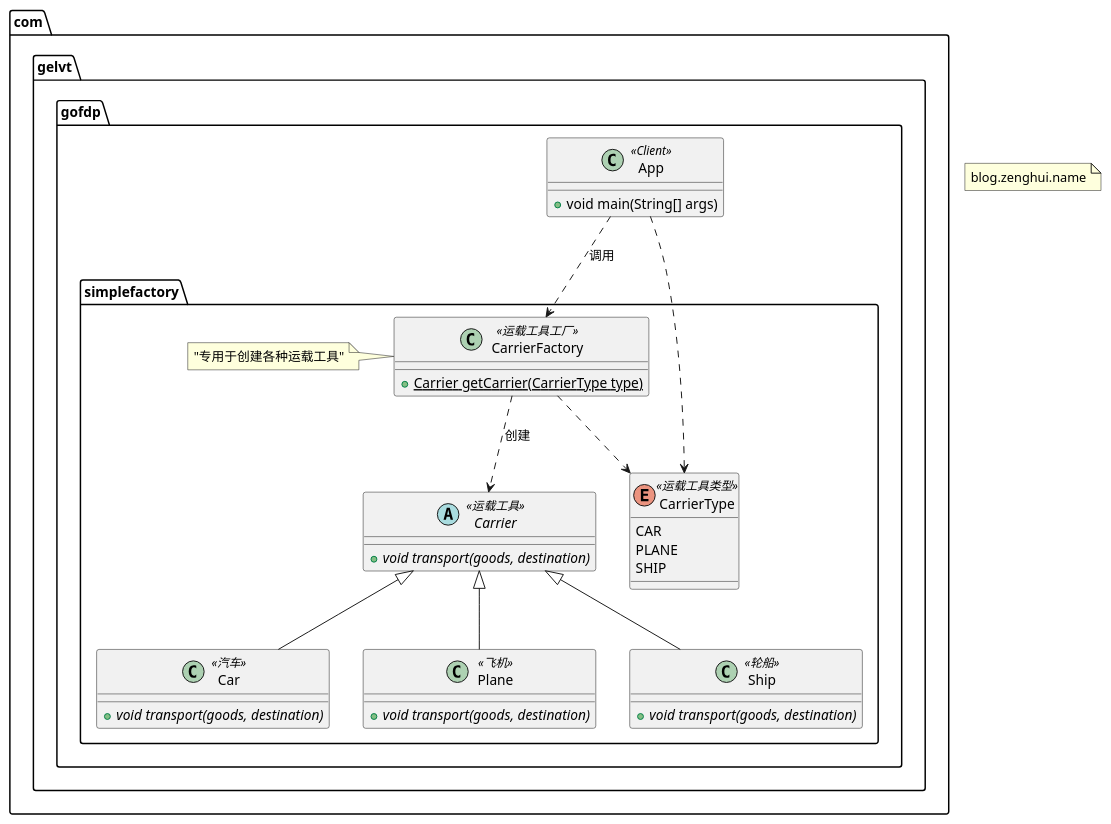
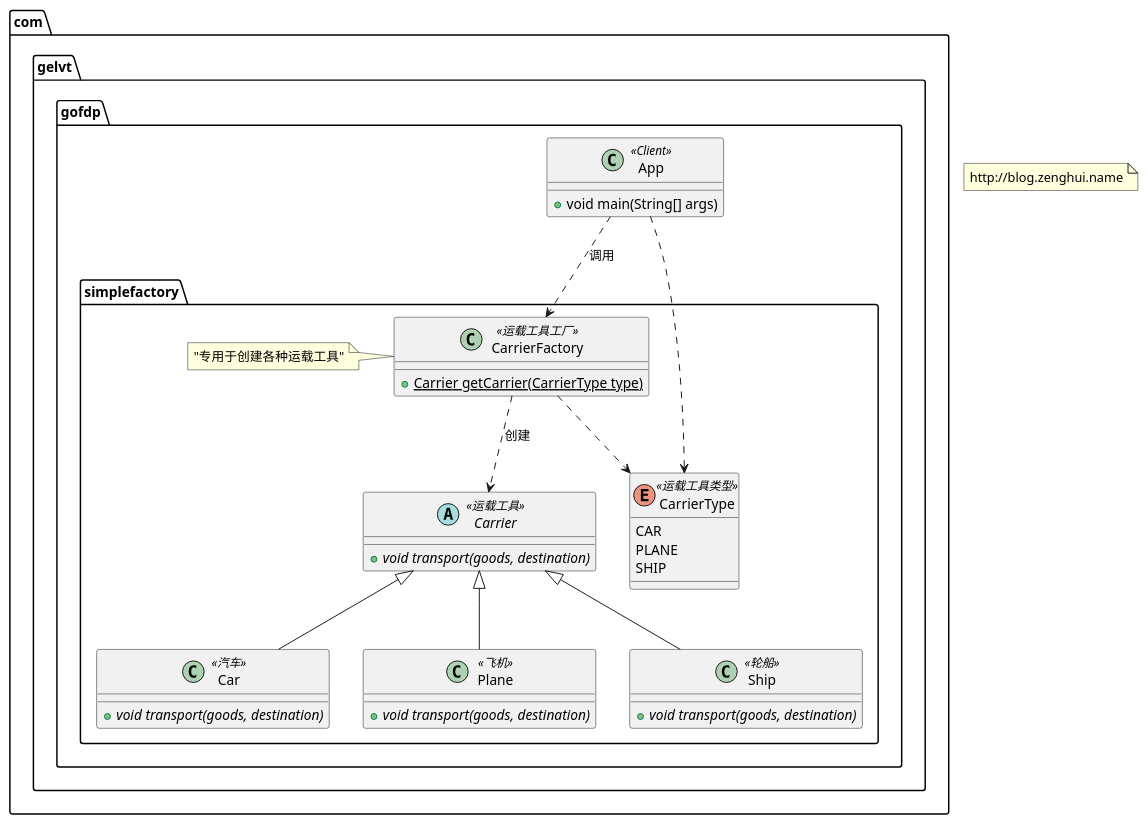
Before and after one commit to elvinzeng/java-design-pattern-samples: the diagram in simple-factory/diagrams/simple-factory.puml, drawn with PlantUML. The commit also changed 1 other file, not shown here.

Commit message:
修改简单工厂的类图

```diff
--- a/simple-factory/diagrams/simple-factory.puml
+++ b/simple-factory/diagrams/simple-factory.puml
@@ -1,52 +1,49 @@
 @startuml
 
 package com.gelvt.gofdp.simplefactory{
 
     abstract class Carrier <<运载工具>>{
         + {abstract} void transport(goods, destination)
     }
 
     class Car <<汽车>> extends Carrier{
         + {abstract} void transport(goods, destination)
     }
 
     class Plane <<飞机>> extends Carrier{
-            + {abstract} void transport(goods, destination)
+        + {abstract} void transport(goods, destination)
     }
 
     class Ship <<轮船>> extends Carrier{
-            + {abstract} void transport(goods, destination)
+        + {abstract} void transport(goods, destination)
     }
 
     enum CarrierType <<运载工具类型>> {
         CAR
         PLANE
         SHIP
     }
 
     class CarrierFactory <<运载工具工厂>>{
         + {static} Carrier getCarrier(CarrierType type)
     }
 
     note left of CarrierFactory : "专用于创建各种运载工具"
 
     CarrierFactory ..> Carrier : 创建
 
 }
 
 package com.gelvt.gofdp{
-
     class App <<Client>>{
         + void main(String[] args)
     }
-
-
 }
 
 App ..> CarrierFactory : 调用
 App ..> CarrierType
 CarrierFactory ..> CarrierType
 
-note "blog.zenghui.name" as copyright
+note "http://blog.zenghui.name" as copyright
 
 @enduml
```
